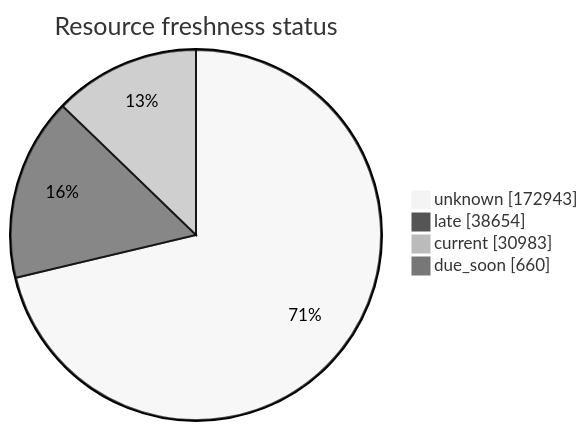
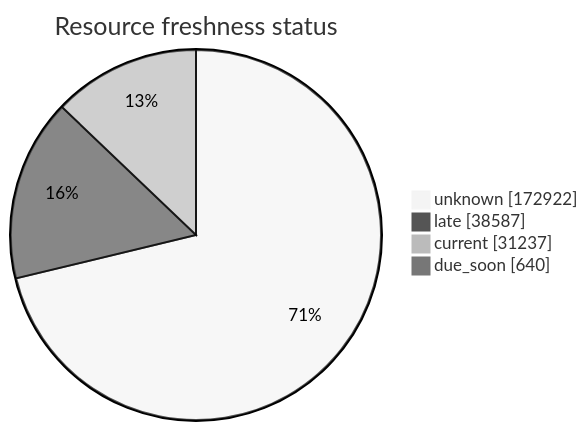
One commit to open-data/analytics-corporate-reporting changed the third of 5 diagrams in FreshCheck/README.md. Above: the diagram before and after it, drawn with Mermaid (neutral theme). The commit also changed other lines of this file and 3 other files, not shown here.

````diff
--- a/FreshCheck/README.md
+++ b/FreshCheck/README.md
@@ -77,7 +77,7 @@
 ```mermaid
 pie showData title Resource freshness status
-    "unknown": 172943
-    "late": 38654
-    "current": 30983
-    "due_soon": 660
+    "unknown": 172922
+    "late": 38587
+    "current": 31237
+    "due_soon": 640
 ```
````
